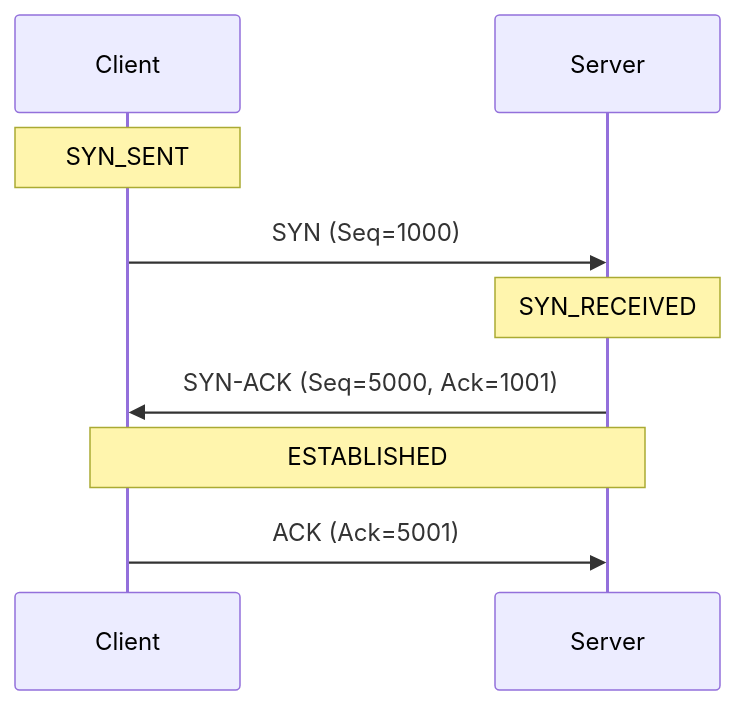
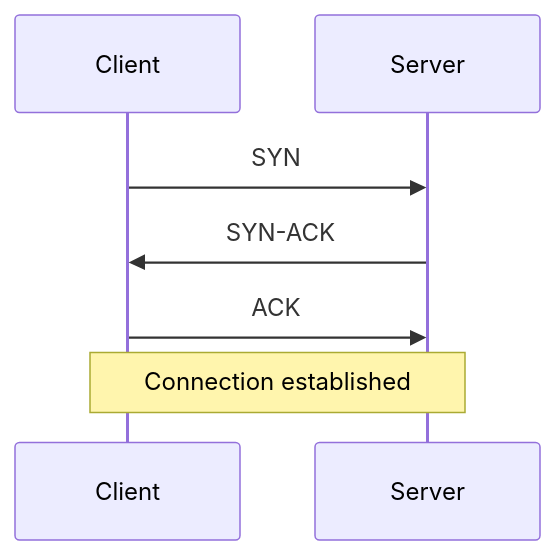
Before and after one commit to hareramcse/SystemDesign: the second of 17 diagrams in 01-networking/README.md, drawn with Mermaid. The commit also changed other lines of this file, not shown here.

````diff
--- a/01-networking/README.md
+++ b/01-networking/README.md
@@ -745,11 +729,9 @@
 ```mermaid
 sequenceDiagram
     participant C as Client
     participant S as Server
-    Note over C: SYN_SENT
-    C->>S: SYN (Seq=1000)
-    Note over S: SYN_RECEIVED
-    S->>C: SYN-ACK (Seq=5000, Ack=1001)
-    Note over C,S: ESTABLISHED
-    C->>S: ACK (Ack=5001)
+    C->>S: SYN
+    S->>C: SYN-ACK
+    C->>S: ACK
+    Note over C,S: Connection established
 ```
````
